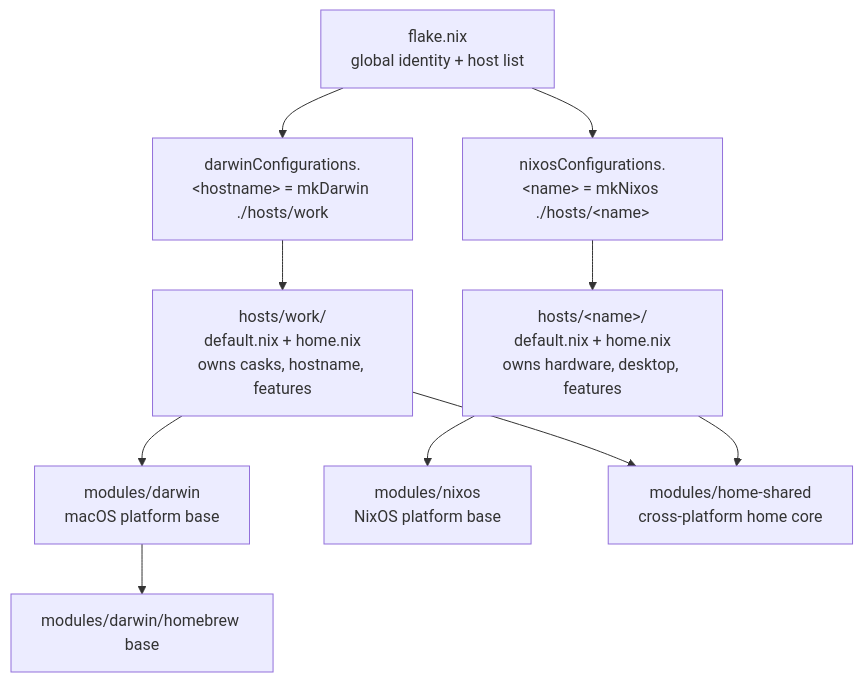
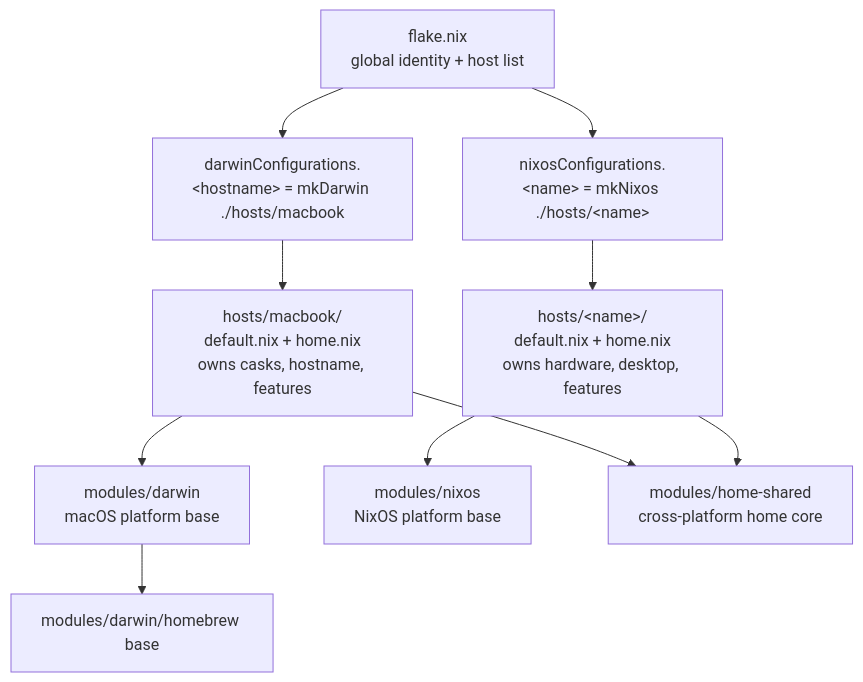
One commit to hahunavth/nix-config changed the first of 2 diagrams in CLAUDE.md. Above: the diagram before and after it, drawn with Mermaid. The commit also changed 9 other files, not shown here.

First line of the commit message:
refactor: rename hosts/work -> hosts/macbook

````diff
--- a/CLAUDE.md
+++ b/CLAUDE.md
@@ -5,14 +5,14 @@
 ```mermaid
 flowchart TD
-	A[flake.nix<br/>global identity + host list] --> D["darwinConfigurations.&lt;hostname&gt; = mkDarwin ./hosts/work"]
+	A[flake.nix<br/>global identity + host list] --> D["darwinConfigurations.&lt;hostname&gt; = mkDarwin ./hosts/macbook"]
 	A --> E["nixosConfigurations.&lt;name&gt; = mkNixos ./hosts/&lt;name&gt;"]
 
-	D --> W[hosts/work/<br/>default.nix + home.nix<br/>owns casks, hostname, features]
+	D --> W[hosts/macbook/<br/>default.nix + home.nix<br/>owns casks, hostname, features]
 	E --> NX[hosts/&lt;name&gt;/<br/>default.nix + home.nix<br/>owns hardware, desktop, features]
 
 	W --> PD[modules/darwin<br/>macOS platform base]
 	NX --> PN[modules/nixos<br/>NixOS platform base]
 	W --> SH[modules/home-shared<br/>cross-platform home core]
 	NX --> SH
 	PD --> BREW[modules/darwin/homebrew base]
 ```
````
